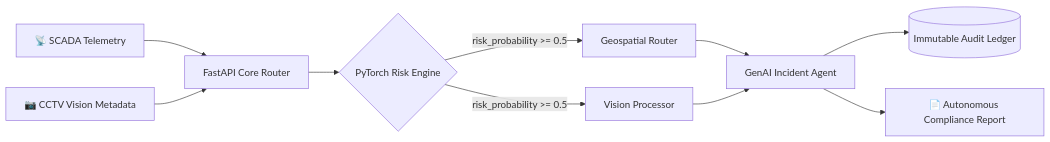
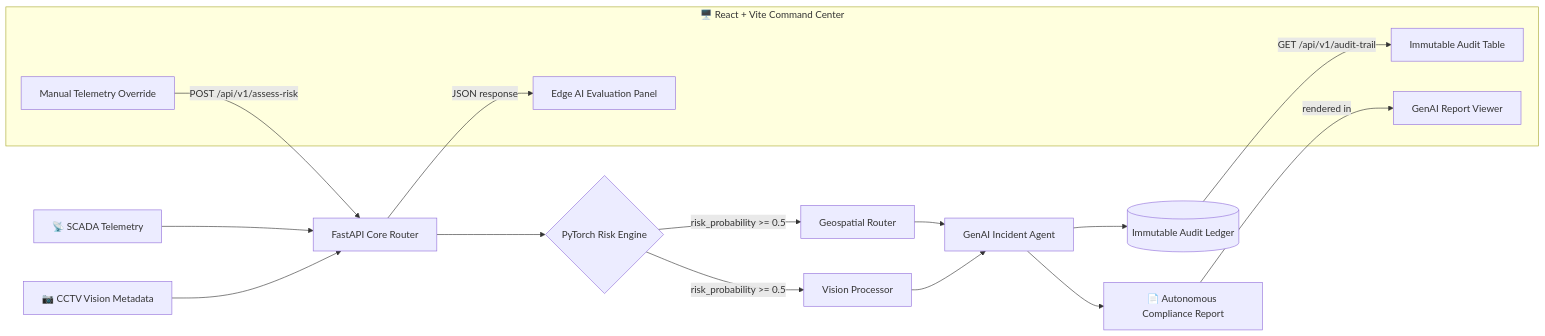
The first of 2 diagrams in README.md (kinshuk18/zero-harm-intelligence), drawn with Mermaid before and after one commit. The commit also changed other lines of this file, not shown here.

First line of the commit message:
Update README with new badges and architecture details

````diff
--- a/README.md
+++ b/README.md
@@ -33,12 +36,23 @@
 ```mermaid
 flowchart LR
-    A[📡 SCADA Telemetry] --> E[FastAPI Core Router]
+    subgraph FRONTEND["🖥️ React + Vite Command Center"]
+        UI1[Manual Telemetry Override]
+        UI2[Edge AI Evaluation Panel]
+        UI3[GenAI Report Viewer]
+        UI4[Immutable Audit Table]
+    end
+
+    UI1 -->|POST /api/v1/assess-risk| E[FastAPI Core Router]
+    A[📡 SCADA Telemetry] --> E
     B[📷 CCTV Vision Metadata] --> E
     E --> C{PyTorch Risk Engine}
     C -->|risk_probability >= 0.5| D[Geospatial Router]
     C -->|risk_probability >= 0.5| F[Vision Processor]
     D --> G[GenAI Incident Agent]
     F --> G
     G --> H[(Immutable Audit Ledger)]
     G --> I[📄 Autonomous Compliance Report]
+    E -->|JSON response| UI2
+    I -->|rendered in| UI3
+    H -->|GET /api/v1/audit-trail| UI4
 ```
````
